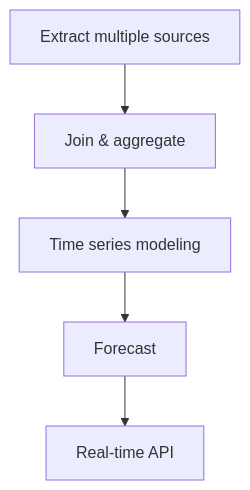
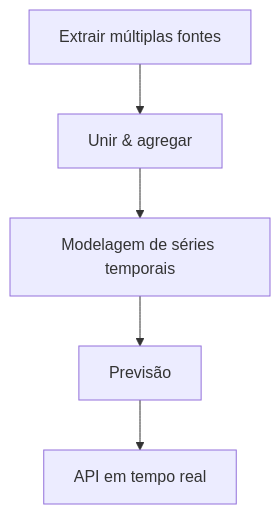
One commit to Quantilica/docs changed the eighth of 9 diagrams in docs/architecture/overview.md. Above: the diagram before and after it, drawn with Mermaid. The commit also changed other lines of this file and 31 other files, not shown here.

````diff
--- a/docs/architecture/overview.md
+++ b/docs/architecture/overview.md
@@ -317,7 +317,7 @@
 ```mermaid
 graph TD
-    A["Extract multiple sources"] --> B["Join & aggregate"]
-    B --> C["Time series modeling"]
-    C --> D["Forecast"]
-    D --> E["Real-time API"]
+    A["Extrair múltiplas fontes"] --> B["Unir & agregar"]
+    B --> C["Modelagem de séries temporais"]
+    C --> D["Previsão"]
+    D --> E["API em tempo real"]
 ```
````
